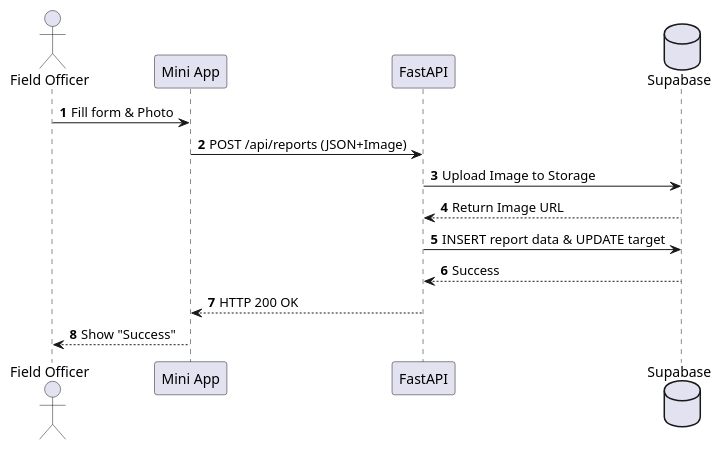
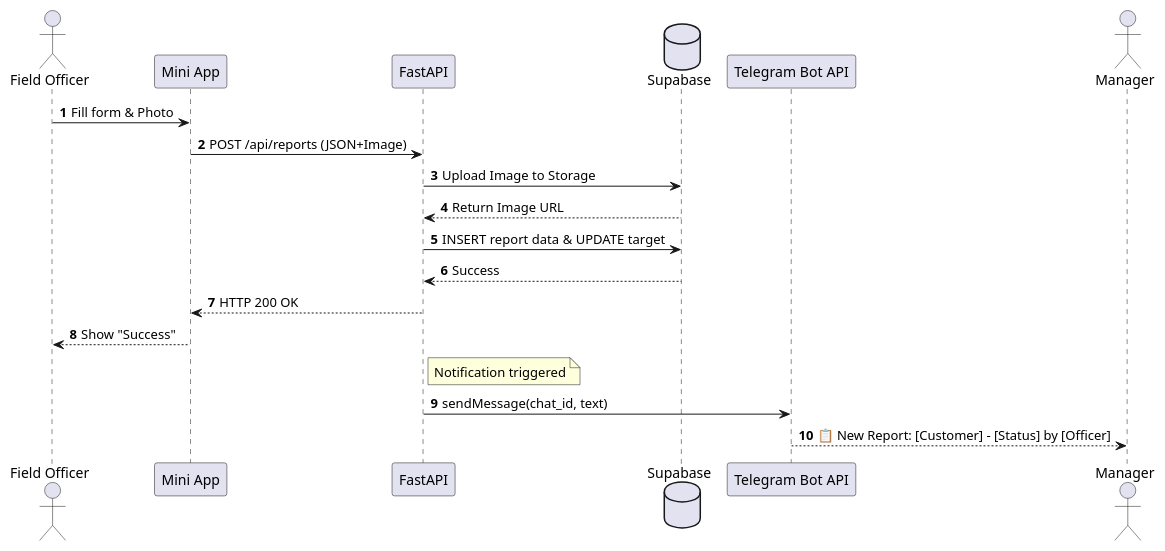
Before and after one commit to asn95/desktop-tutorial: the diagram in uml/05_sequence_diagram.puml, drawn with PlantUML. The commit also changed 106 other files, not shown here.

```diff
--- a/uml/05_sequence_diagram.puml
+++ b/uml/05_sequence_diagram.puml
@@ -1,16 +1,21 @@
 @startuml
 autonumber
 actor "Field Officer" as FO
 participant "Mini App" as UI
 participant "FastAPI" as API
 database "Supabase" as DB
+participant "Telegram Bot API" as TgAPI
+actor "Manager" as MGR
 
 FO -> UI : Fill form & Photo
 UI -> API : POST /api/reports (JSON+Image)
 API -> DB : Upload Image to Storage
 DB --> API : Return Image URL
 API -> DB : INSERT report data & UPDATE target
 DB --> API : Success
 API --> UI : HTTP 200 OK
 UI --> FO : Show "Success"
+note right of API : Notification triggered
+API -> TgAPI : sendMessage(chat_id, text)
+TgAPI --> MGR : 📋 New Report: [Customer] – [Status] by [Officer]
 @enduml
```
